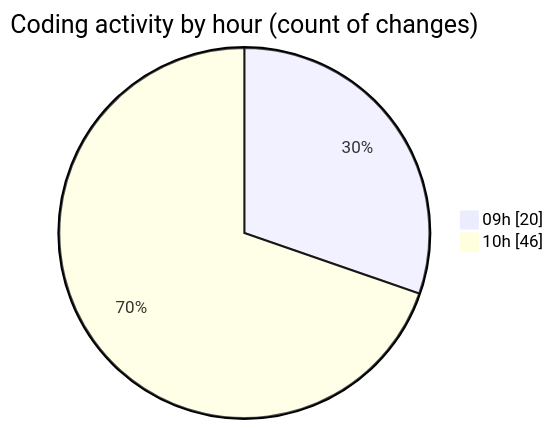
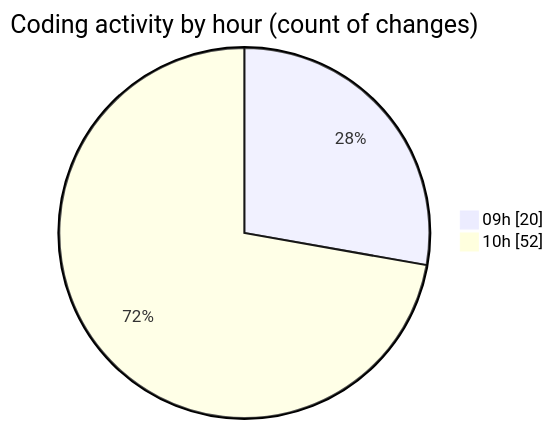
One commit to CELIANVF/code-tracking changed the second of 2 diagrams in 2025-06-06/ecodeli-1/README.md. Above: the diagram before and after it, drawn with Mermaid. The commit also changed other lines of this file and 1 other file, not shown here.

````diff
--- a/2025-06-06/ecodeli-1/README.md
+++ b/2025-06-06/ecodeli-1/README.md
@@ -57,6 +57,6 @@
 ```mermaid
 pie showData
 title Coding activity by hour (count of changes)
 "09h" : 20
-"10h" : 46
+"10h" : 52
 ```
````
